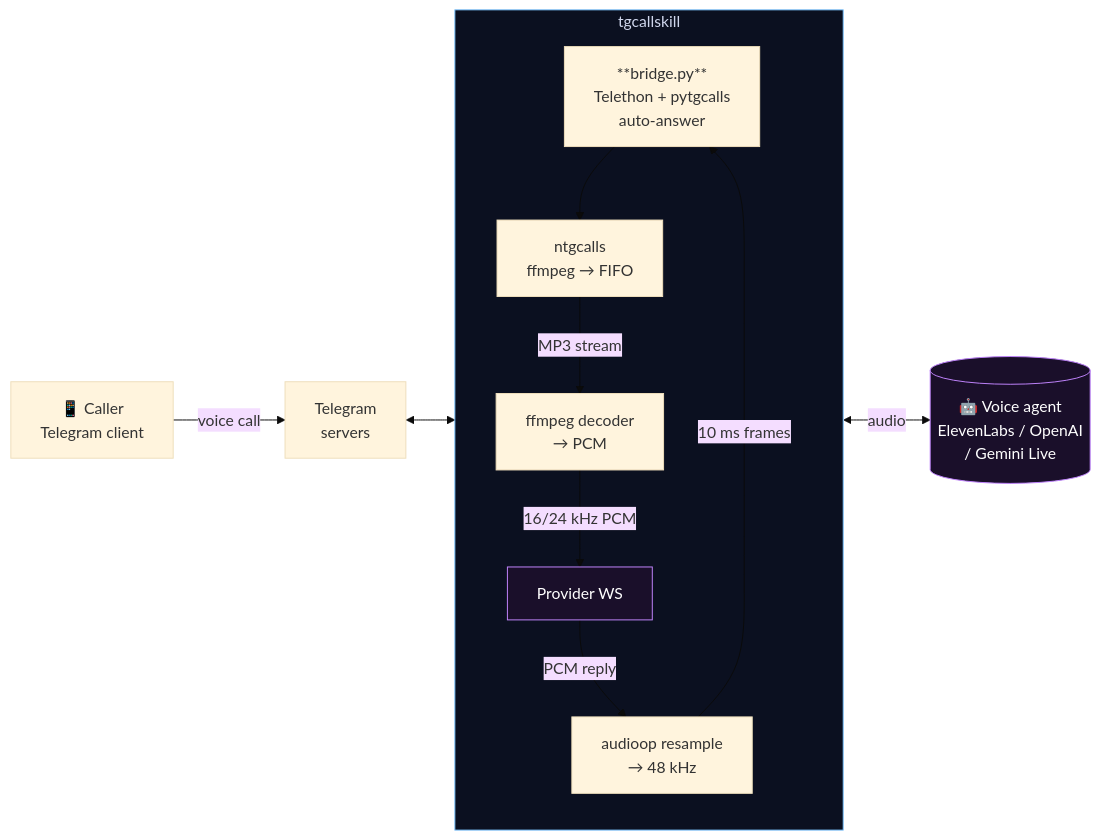
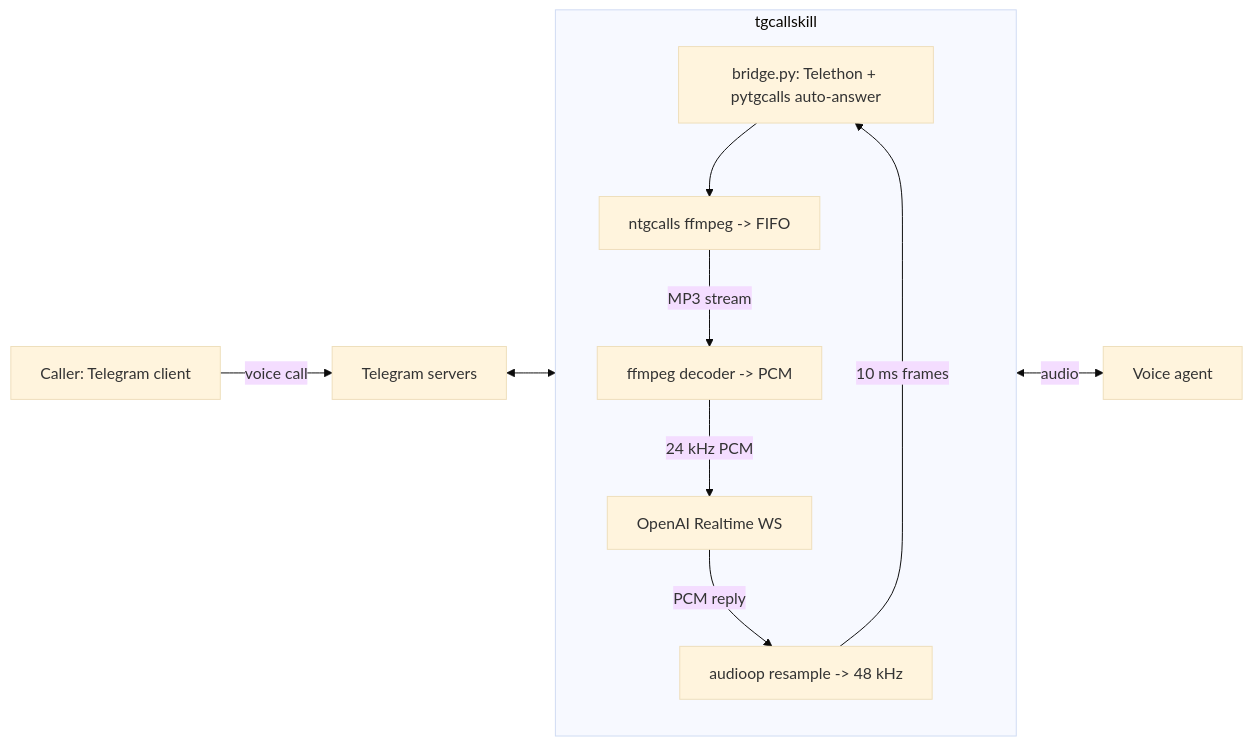
The diagram in README.md (lintware/telegramcaller), drawn with Mermaid (base theme) before and after one commit. The commit also changed other lines of this file and 6 other files, not shown here.

Commit message:
refactor: make OpenAI Realtime the default flow

````diff
--- a/README.md
+++ b/README.md
@@ -101,20 +107,16 @@
 ```mermaid
 flowchart LR
-    A[📱 Caller<br/>Telegram client] -- voice call --> B[Telegram<br/>servers]
-    B <--> C[**bridge.py**<br/>Telethon + pytgcalls<br/>auto-answer]
+    A[Caller: Telegram client] -- voice call --> B[Telegram servers]
+    B <--> C[bridge.py: Telethon + pytgcalls auto-answer]
 
     subgraph BRIDGE [tgcallskill]
         direction TB
-        C --> D[ntgcalls<br/>ffmpeg → FIFO]
-        D -- MP3 stream --> E[ffmpeg decoder<br/>→ PCM]
-        E -- 16/24 kHz PCM --> F[Provider WS]
-        F -- PCM reply --> G[audioop resample<br/>→ 48 kHz]
+        C --> D[ntgcalls ffmpeg -> FIFO]
+        D -- MP3 stream --> E[ffmpeg decoder -> PCM]
+        E -- 24 kHz PCM --> F[OpenAI Realtime WS]
+        F -- PCM reply --> G[audioop resample -> 48 kHz]
         G -- 10 ms frames --> C
     end
 
-    F <-- audio --> H[("🤖 Voice agent<br/>ElevenLabs / OpenAI<br/>/ Gemini Live")]
-
-    style BRIDGE fill:#0b1020,stroke:#7cc4ff,color:#cfd6ec
-    style F fill:#1a0f2a,stroke:#c084fc,color:#fff
-    style H fill:#1a0f2a,stroke:#c084fc,color:#fff
+    F <-- audio --> H[Voice agent]
 ```
````
